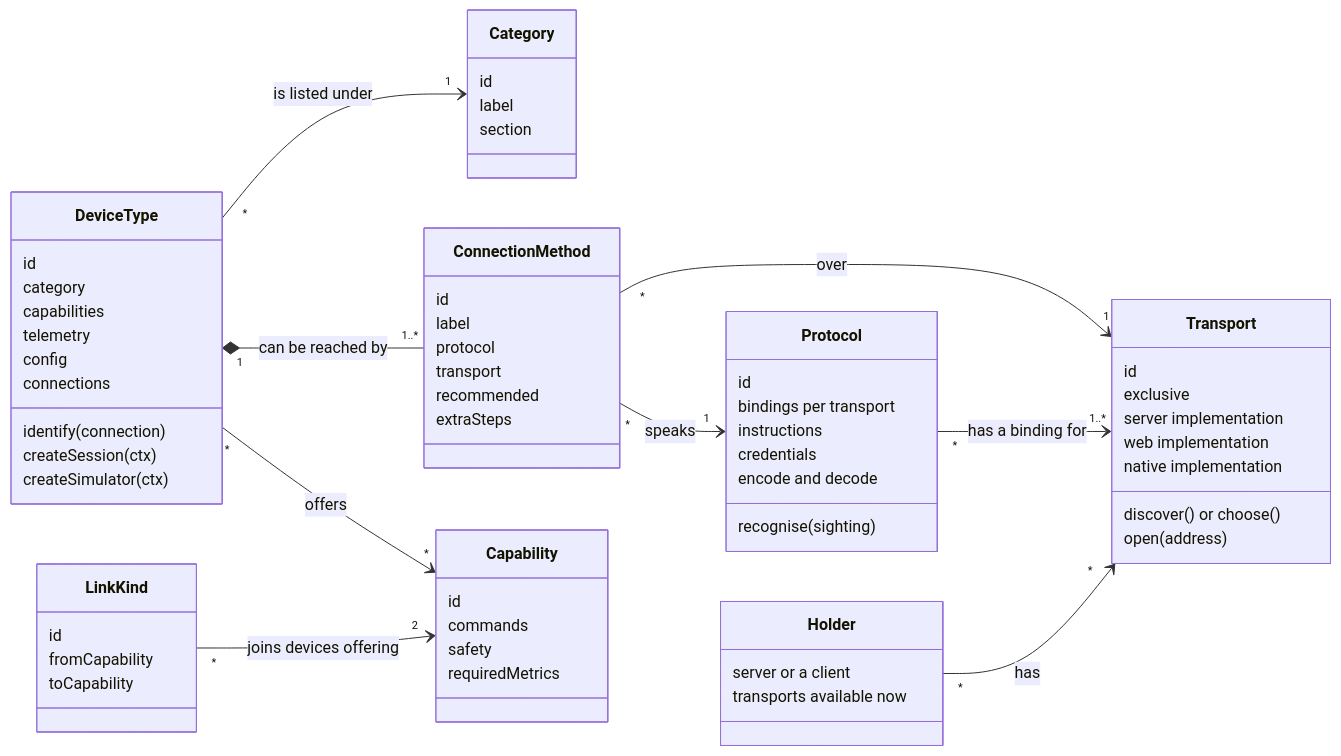
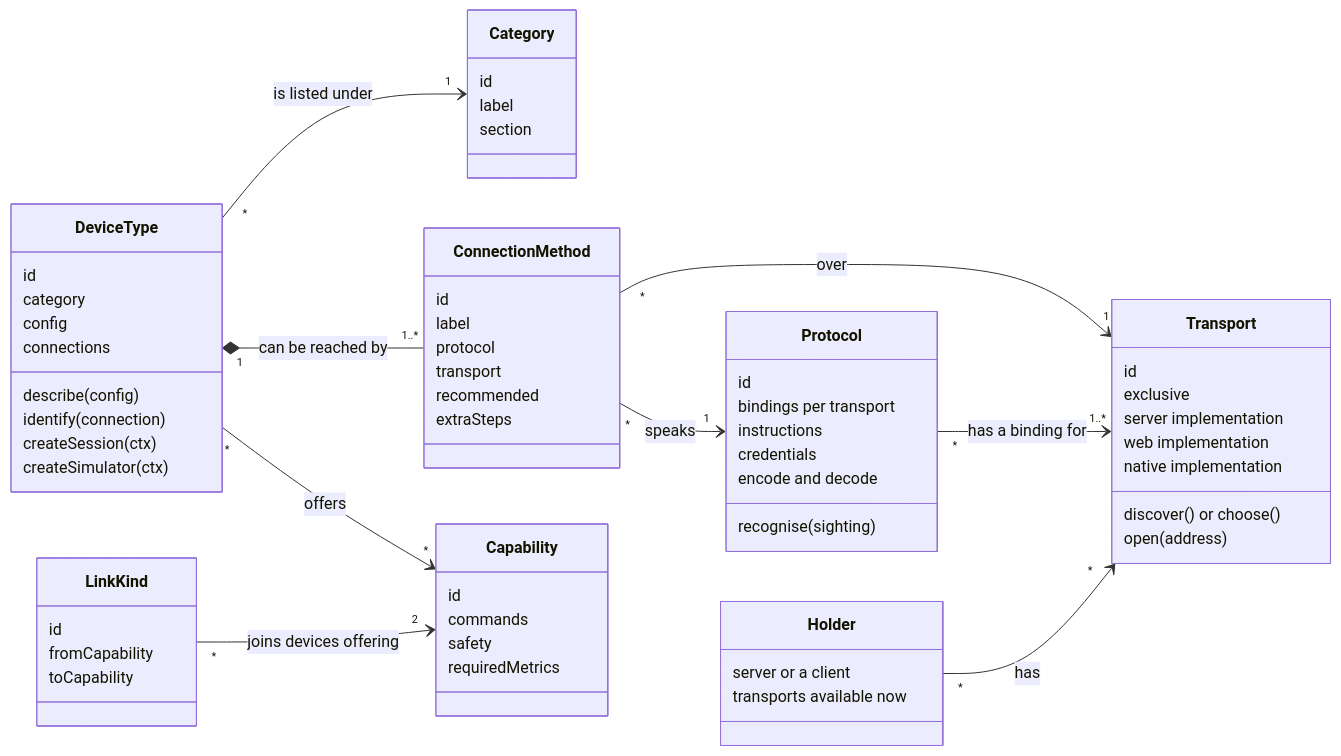
The second of 4 diagrams in docs/DATA-MODEL.md (olofd/kraftverk), drawn with Mermaid before and after one commit. The commit also changed other lines of this file and 91 other files, not shown here.

````diff
--- a/docs/DATA-MODEL.md
+++ b/docs/DATA-MODEL.md
@@ -186,70 +186,69 @@
 ```mermaid
 classDiagram
   direction LR
 
   class Category {
     id
     label
     section
   }
   class DeviceType {
     id
     category
-    capabilities
-    telemetry
+    describe(config)
     config
     connections
     identify(connection)
     createSession(ctx)
     createSimulator(ctx)
   }
   class ConnectionMethod {
     id
     label
     protocol
     transport
     recommended
     extraSteps
   }
   class Protocol {
     id
     bindings per transport
     recognise(sighting)
     instructions
     credentials
     encode and decode
   }
   class Transport {
     id
     exclusive
     server implementation
     web implementation
     native implementation
     discover() or choose()
     open(address)
   }
   class Holder {
     server or a client
     transports available now
   }
   class Capability {
     id
     commands
     safety
     requiredMetrics
   }
   class LinkKind {
     id
     fromCapability
     toCapability
   }
 
   DeviceType "*" --> "1" Category : is listed under
   DeviceType "1" *-- "1..*" ConnectionMethod : can be reached by
   ConnectionMethod "*" --> "1" Protocol : speaks
   ConnectionMethod "*" --> "1" Transport : over
   Protocol "*" --> "1..*" Transport : has a binding for
   Holder "*" --> "*" Transport : has
   DeviceType "*" --> "*" Capability : offers
   LinkKind "*" --> "2" Capability : joins devices offering
 ```
````
